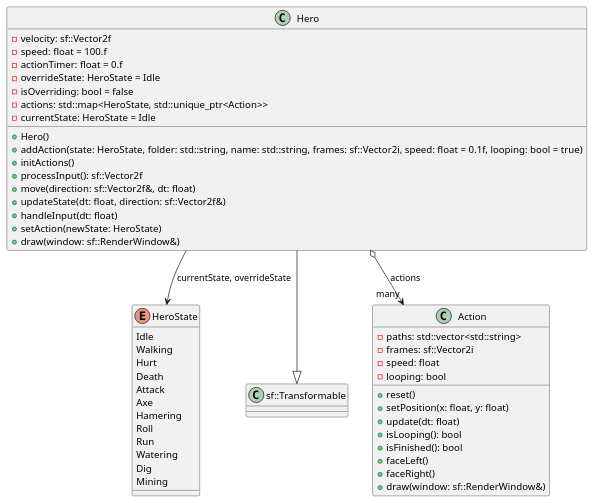
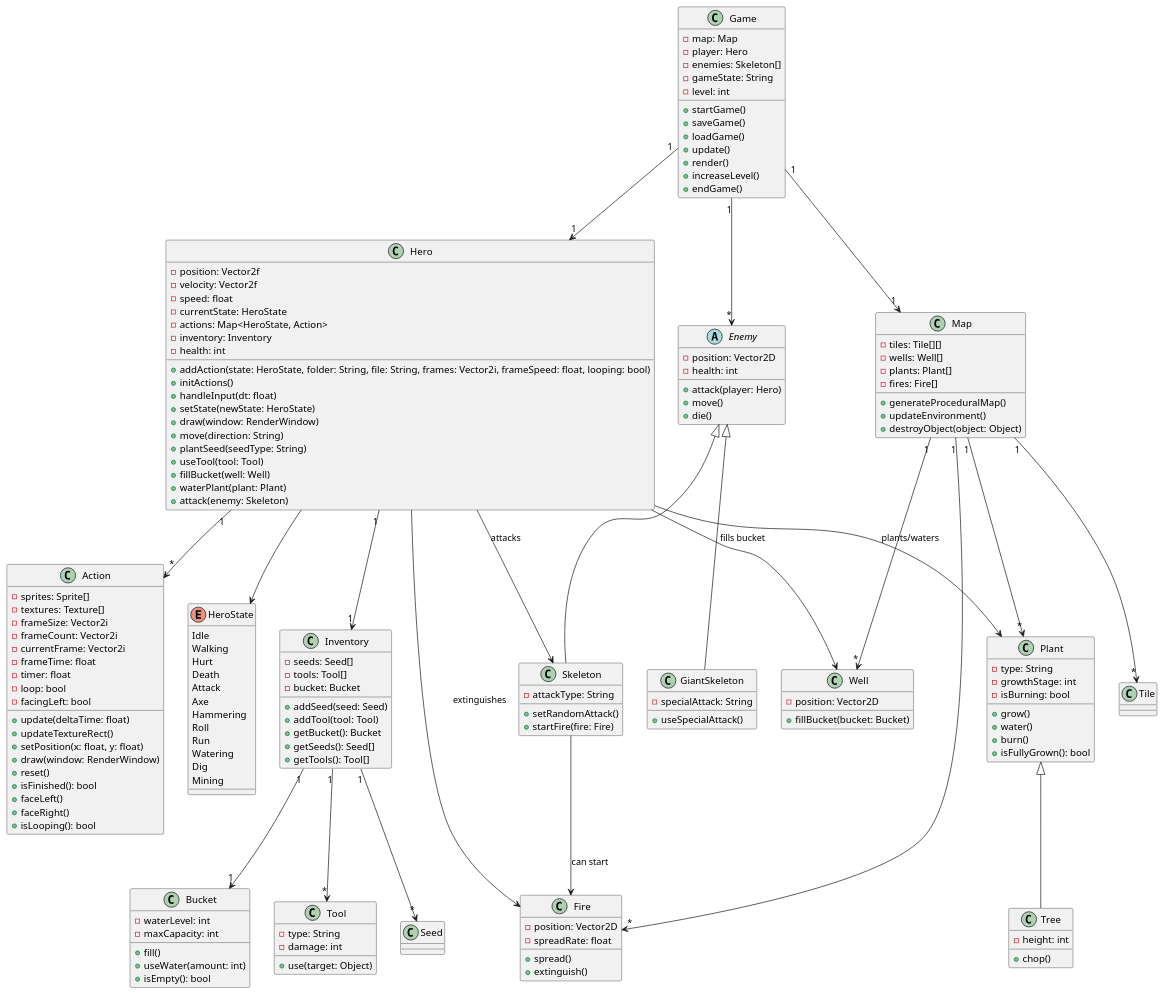
Before and after one commit to FaureGalliard/SFML-2D-GAME: the diagram in docs/diagramaComplejo.puml, drawn with PlantUML. The commit also changed 8 other files, not shown here.

```diff
--- a/docs/diagramaComplejo.puml
+++ b/docs/diagramaComplejo.puml
@@ -1,58 +1,194 @@
-@startuml nose
-enum HeroState {
-  Idle
-  Walking
-  Hurt
-  Death
-  Attack
-  Axe
-  Hamering
-  Roll
-  Run
-  Watering
-  Dig
-  Mining
+@startuml ForestGameClassDiagram
+
+' Game class to manage the overall game state
+class Game {
+    -map: Map
+    -player: Hero
+    -enemies: Skeleton[]
+    -gameState: String
+    -level: int
+    +startGame()
+    +saveGame()
+    +loadGame()
+    +update()
+    +render()
+    +increaseLevel()
+    +endGame()
 }
 
-class sf::Transformable {
+' Hero class for the protagonist (lumberjack)
+class Hero {
+    -position: Vector2f
+    -velocity: Vector2f
+    -speed: float
+    -currentState: HeroState
+    -actions: Map<HeroState, Action>
+    -inventory: Inventory
+    -health: int
+    +addAction(state: HeroState, folder: String, file: String, frames: Vector2i, frameSpeed: float, looping: bool)
+    +initActions()
+    +handleInput(dt: float)
+    +setState(newState: HeroState)
+    +draw(window: RenderWindow)
+    +move(direction: String)
+    +plantSeed(seedType: String)
+    +useTool(tool: Tool)
+    +fillBucket(well: Well)
+    +waterPlant(plant: Plant)
+    +attack(enemy: Skeleton)
 }
 
+' Action class for hero animations
 class Action {
-  -paths: std::vector<std::string>
-  -frames: sf::Vector2i
-  -speed: float
-  -looping: bool
-  +reset()
-  +setPosition(x: float, y: float)
-  +update(dt: float)
-  +isLooping(): bool
-  +isFinished(): bool
-  +faceLeft()
-  +faceRight()
-  +draw(window: sf::RenderWindow&)
+    -sprites: Sprite[]
+    -textures: Texture[]
+    -frameSize: Vector2i
+    -frameCount: Vector2i
+    -currentFrame: Vector2i
+    -frameTime: float
+    -timer: float
+    -loop: bool
+    -facingLeft: bool
+    +update(deltaTime: float)
+    +updateTextureRect()
+    +setPosition(x: float, y: float)
+    +draw(window: RenderWindow)
+    +reset()
+    +isFinished(): bool
+    +faceLeft()
+    +faceRight()
+    +isLooping(): bool
 }
 
-class Hero {
-  -velocity: sf::Vector2f
-  -speed: float = 100.f
-  -actionTimer: float = 0.f
-  -overrideState: HeroState = Idle
-  -isOverriding: bool = false
-  -actions: std::map<HeroState, std::unique_ptr<Action>>
-  -currentState: HeroState = Idle
-  +Hero()
-  +addAction(state: HeroState, folder: std::string, name: std::string, frames: sf::Vector2i, speed: float = 0.1f, looping: bool = true)
-  +initActions()
-  +processInput(): sf::Vector2f
-  +move(direction: sf::Vector2f&, dt: float)
-  +updateState(dt: float, direction: sf::Vector2f&)
-  +handleInput(dt: float)
-  +setAction(newState: HeroState)
-  +draw(window: sf::RenderWindow&)
+' Inventory class
+class Inventory {
+    -seeds: Seed[]
+    -tools: Tool[]
+    -bucket: Bucket
+    +addSeed(seed: Seed)
+    +addTool(tool: Tool)
+    +getBucket(): Bucket
+    +getSeeds(): Seed[]
+    +getTools(): Tool[]
 }
 
-Hero --|> sf::Transformable
-Hero o--> "many" Action : actions
-Hero --> HeroState : currentState, overrideState
+' Bucket class
+class Bucket {
+    -waterLevel: int
+    -maxCapacity: int
+    +fill()
+    +useWater(amount: int)
+    +isEmpty(): bool
+}
+
+' Tool class
+class Tool {
+    -type: String
+    -damage: int
+    +use(target: Object)
+}
+
+' Plant class
+class Plant {
+    -type: String
+    -growthStage: int
+    -isBurning: bool
+    +grow()
+    +water()
+    +burn()
+    +isFullyGrown(): bool
+}
+
+' Tree class
+class Tree {
+    -height: int
+    +chop()
+}
+
+' Fire class
+class Fire {
+    -position: Vector2D
+    -spreadRate: float
+    +spread()
+    +extinguish()
+}
+
+' Abstract Enemy class
+abstract class Enemy {
+    -position: Vector2D
+    -health: int
+    +attack(player: Hero)
+    +move()
+    +die()
+}
+
+' Skeleton class
+class Skeleton {
+    -attackType: String
+    +setRandomAttack()
+    +startFire(fire: Fire)
+}
+
+' GiantSkeleton class
+class GiantSkeleton {
+    -specialAttack: String
+    +useSpecialAttack()
+}
+
+' Map class
+class Map {
+    -tiles: Tile[][]
+    -wells: Well[]
+    -plants: Plant[]
+    -fires: Fire[]
+    +generateProceduralMap()
+    +updateEnvironment()
+    +destroyObject(object: Object)
+}
+
+' Well class
+class Well {
+    -position: Vector2D
+    +fillBucket(bucket: Bucket)
+}
+
+' Enum for hero states
+enum HeroState {
+    Idle
+    Walking
+    Hurt
+    Death
+    Attack
+    Axe
+    Hammering
+    Roll
+    Run
+    Watering
+    Dig
+    Mining
+}
+
+' Relationships
+Game "1" --> "1" Hero
+Game "1" --> "1" Map
+Game "1" --> "*" Enemy
+Hero "1" --> "1" Inventory
+Hero "1" --> "*" Action
+Inventory "1" --> "1" Bucket
+Inventory "1" --> "*" Tool
+Inventory "1" --> "*" Seed
+Map "1" --> "*" Tile
+Map "1" --> "*" Plant
+Map "1" --> "*" Fire
+Map "1" --> "*" Well
+Plant <|-- Tree
+Enemy <|-- Skeleton
+Enemy <|-- GiantSkeleton
+Skeleton --> Fire : can start
+Hero --> Skeleton : attacks
+Hero --> Plant : plants/waters
+Hero --> Fire : extinguishes
+Hero --> Well : fills bucket
+Hero --> HeroState
 
 @enduml
```
